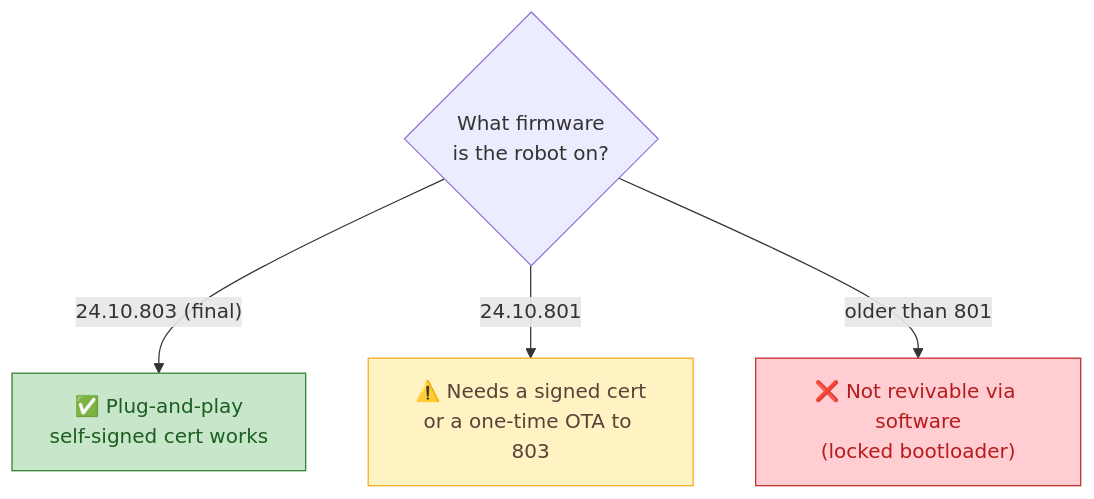
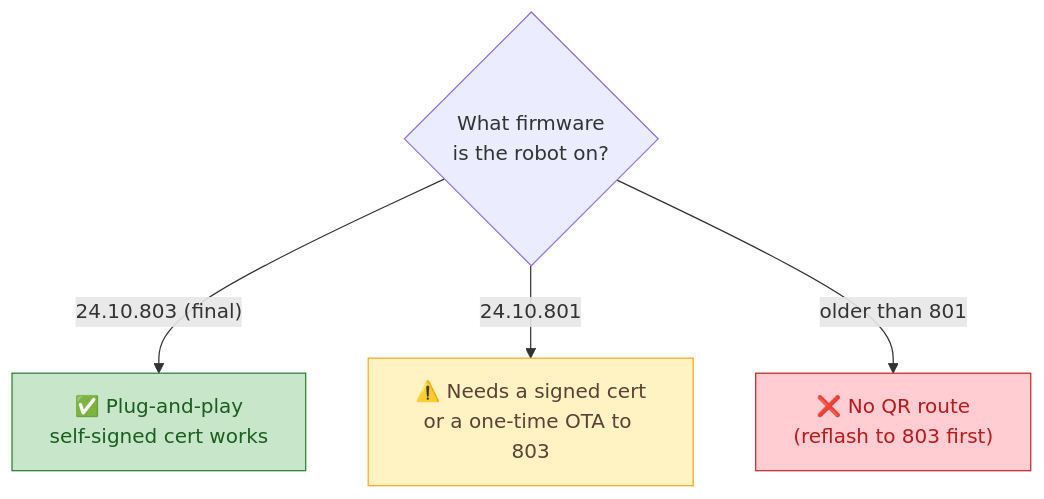
Before and after one commit to mvalancy/moxie-robot-saver: the first of 2 diagrams in sim/web/docs-bundle/architecture/revival-path.md, drawn with Mermaid. The commit also changed other lines of this file and 454 other files, not shown here.

````diff
--- a/sim/web/docs-bundle/architecture/revival-path.md
+++ b/sim/web/docs-bundle/architecture/revival-path.md
@@ -11,13 +10,13 @@
 ```mermaid
 flowchart TD
     q{"What firmware<br/>is the robot on?"}
     q -->|"24.10.803 (final)"| ok["✅ Plug-and-play<br/>self-signed cert works"]
     q -->|"24.10.801"| mid["⚠️ Needs a signed cert<br/>or a one-time OTA to 803"]
-    q -->|"older than 801"| no["❌ Not revivable via software<br/>(locked bootloader)"]
+    q -->|"older than 801"| no["❌ No QR route<br/>(reflash to 803 first)"]
     classDef ok fill:#c8e6c9,stroke:#2e7d32,color:#1b5e20;
     classDef warn fill:#fff3c4,stroke:#f9a825,color:#5d4037;
     classDef bad fill:#ffcdd2,stroke:#c62828,color:#b71c1c;
     class ok ok;
     class mid warn;
     class no bad;
 ```
````
